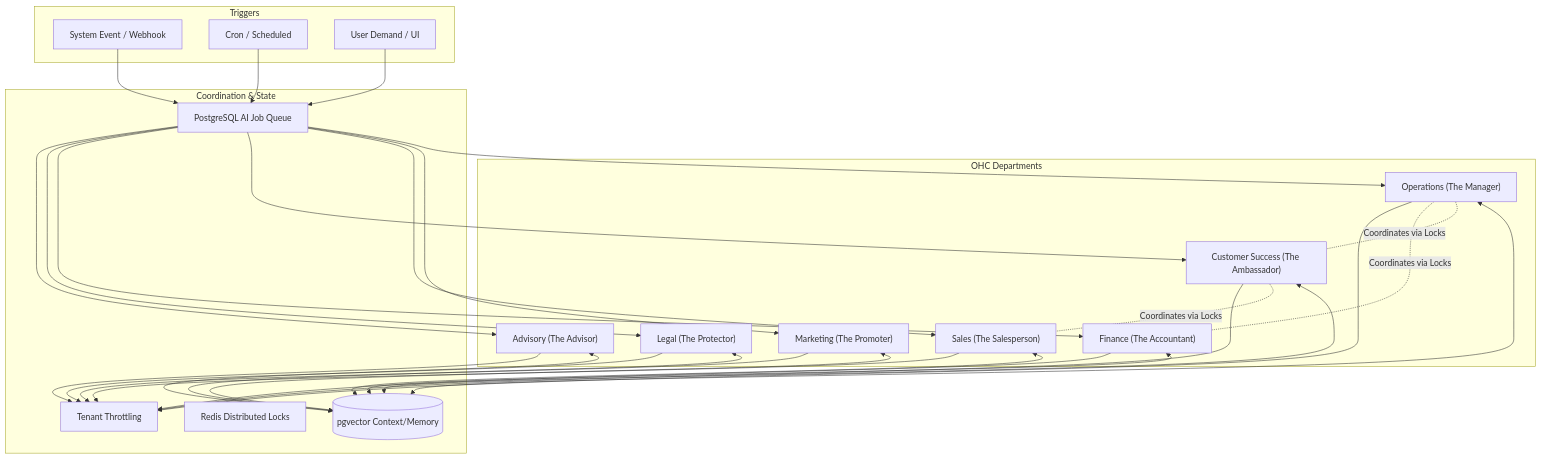
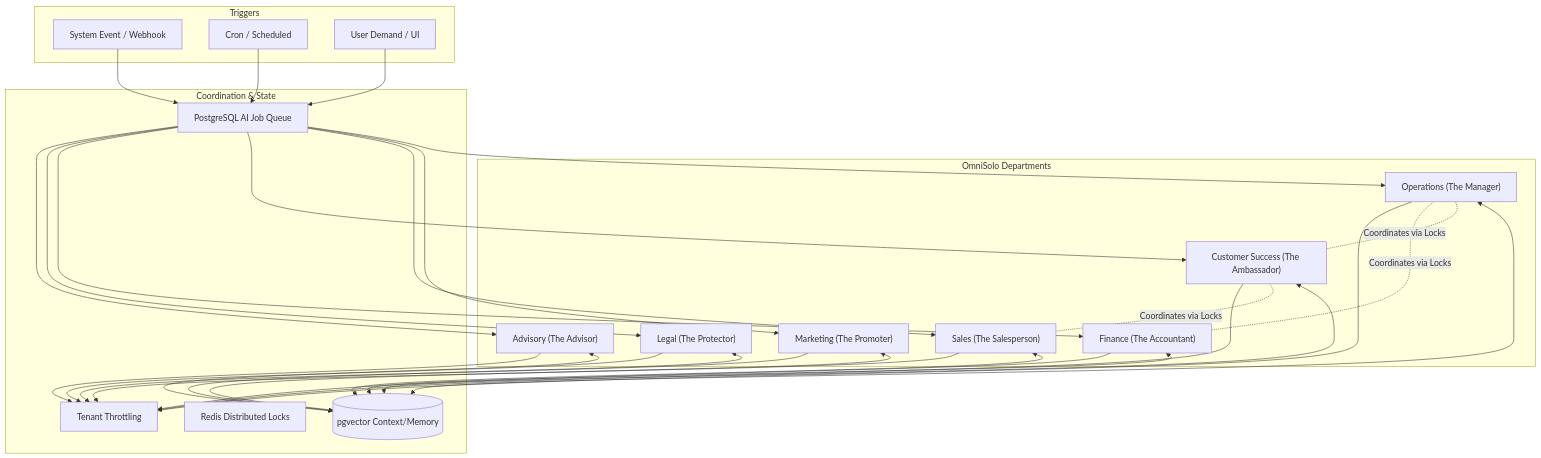
The diagram in docs/technical/research/ai_agent_department.md (omnisolo-llc/onehumancorp), drawn with Mermaid before and after one commit. The commit also changed other lines of this file and 2191 other files, not shown here.

Commit message:
feat: complete OmniSolo rename and browser audit

````diff
--- a/docs/technical/research/ai_agent_department.md
+++ b/docs/technical/research/ai_agent_department.md
@@ -17,57 +17,57 @@
 ```mermaid
 flowchart TD
     subgraph Triggers
         Event[System Event / Webhook]
         Schedule[Cron / Scheduled]
         Demand[User Demand / UI]
     end
 
-    subgraph OHC Departments
+    subgraph OmniSolo Departments
         Ops["Operations (The Manager)"]
         Mkt["Marketing (The Promoter)"]
         Sales["Sales (The Salesperson)"]
         CS["Customer Success (The Ambassador)"]
         Fin["Finance (The Accountant)"]
         Legal["Legal (The Protector)"]
         Adv["Advisory (The Advisor)"]
     end
 
     subgraph Coordination & State
         Memory[(pgvector Context/Memory)]
         Locks[Redis Distributed Locks]
         Queue[PostgreSQL AI Job Queue]
         Budget[Tenant Throttling]
     end
 
     Event --> Queue
     Schedule --> Queue
     Demand --> Queue
 
     Queue --> Ops
     Queue --> Mkt
     Queue --> Sales
     Queue --> CS
     Queue --> Fin
     Queue --> Legal
     Queue --> Adv
 
     Ops <--> Memory
     Mkt <--> Memory
     Sales <--> Memory
     CS <--> Memory
     Fin <--> Memory
     Legal <--> Memory
     Adv <--> Memory
 
     Ops -. "Coordinates via Locks" .- CS
     Ops -. "Coordinates via Locks" .- Fin
     CS -. "Coordinates via Locks" .- Sales
 
     Ops --> Budget
     Mkt --> Budget
     Sales --> Budget
     CS --> Budget
     Fin --> Budget
     Legal --> Budget
     Adv --> Budget
 ```
````
